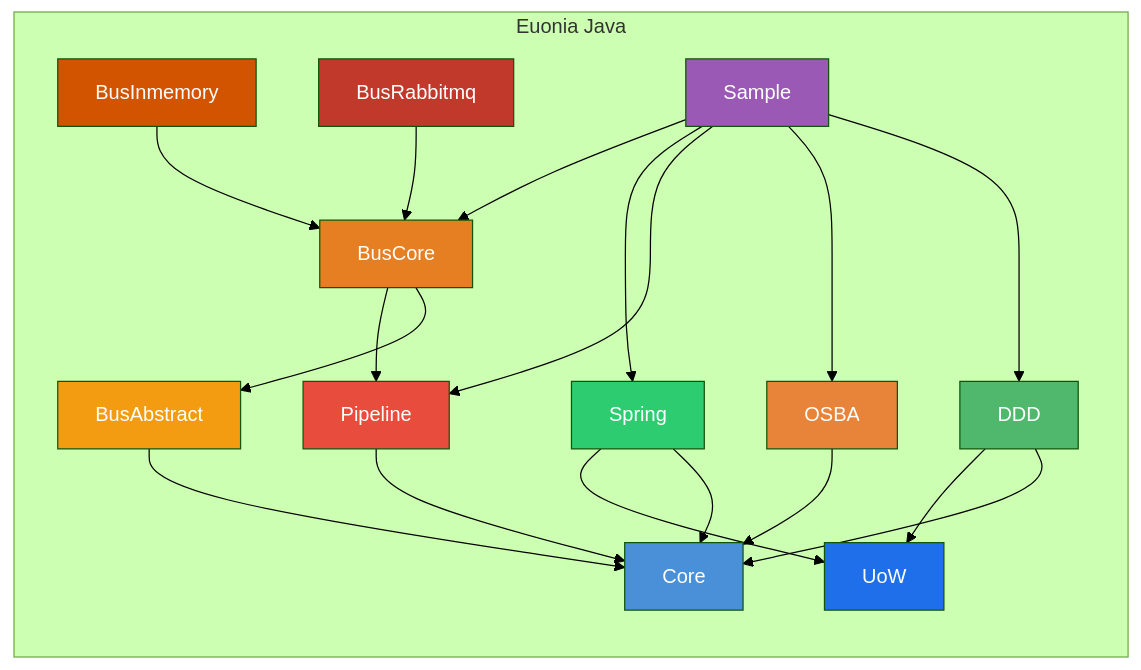
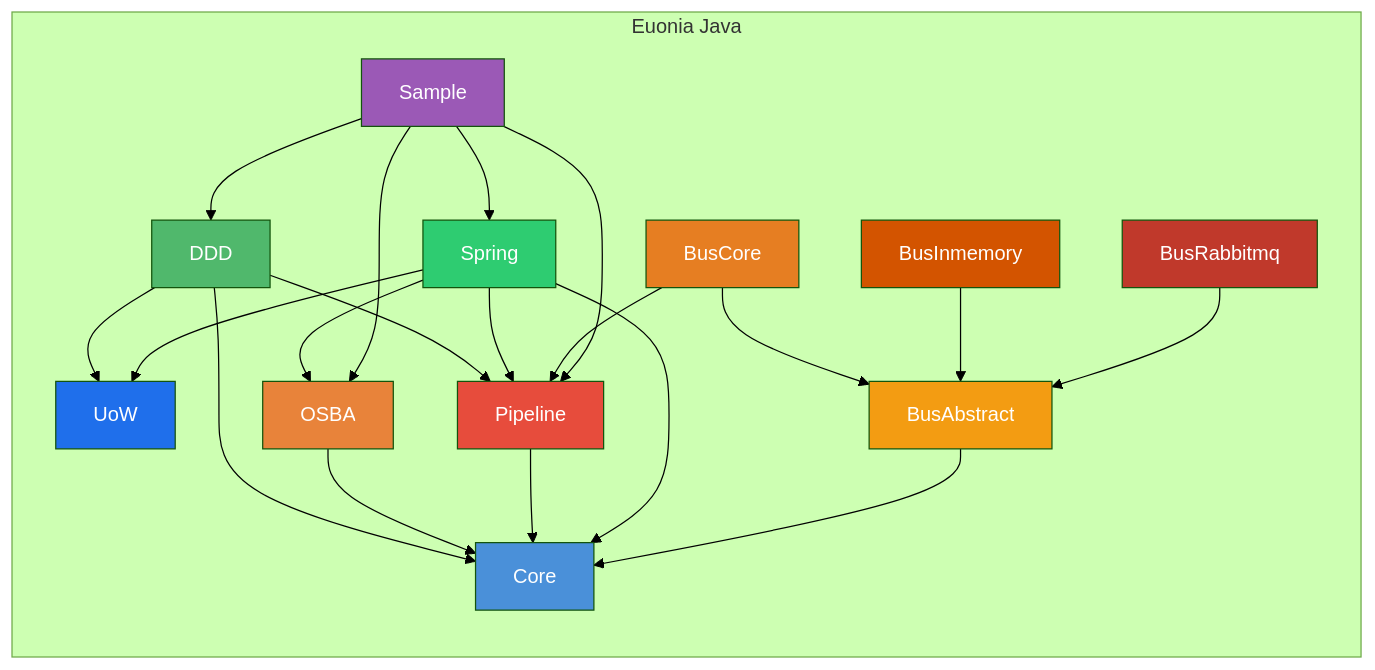
The diagram in README.en.md (NerosoftDev/euonia-java), drawn with Mermaid (forest theme) before and after one commit. The commit also changed other lines of this file and 2 other files, not shown here.

Commit message:
feat: Update README and POM files to include Pipeline module and enhance DDD section

````diff
--- a/README.en.md
+++ b/README.en.md
@@ -13,34 +13,36 @@
 ```mermaid
 graph TD
     subgraph "Euonia Java"
         direction TB
         DDD --> Core
         DDD --> UoW
+        DDD --> Pipeline
         OSBA --> Core
         Pipeline --> Core
         Spring --> Core
         Spring --> UoW
+        Spring --> OSBA
+        Spring --> Pipeline
         BusAbstract --> Core
         BusCore --> BusAbstract
         BusCore --> Pipeline
-        BusInmemory --> BusCore
-        BusRabbitmq --> BusCore
+        BusInmemory --> BusAbstract
+        BusRabbitmq --> BusAbstract
         Sample --> DDD
         Sample --> OSBA
         Sample --> Pipeline
         Sample --> Spring
-        Sample --> BusCore
     end
 
     style Core fill:#4A90D9,color:#fff
     style DDD fill:#50B86C,color:#fff
     style UoW fill:#1F6FEB,color:#fff
     style OSBA fill:#E8833A,color:#fff
     style Pipeline fill:#E74C3C,color:#fff
     style Spring fill:#2ECC71,color:#fff
     style BusAbstract fill:#F39C12,color:#fff
     style BusCore fill:#E67E22,color:#fff
     style BusInmemory fill:#D35400,color:#fff
     style BusRabbitmq fill:#C0392B,color:#fff
     style Sample fill:#9B59B6,color:#fff
 ```
````
